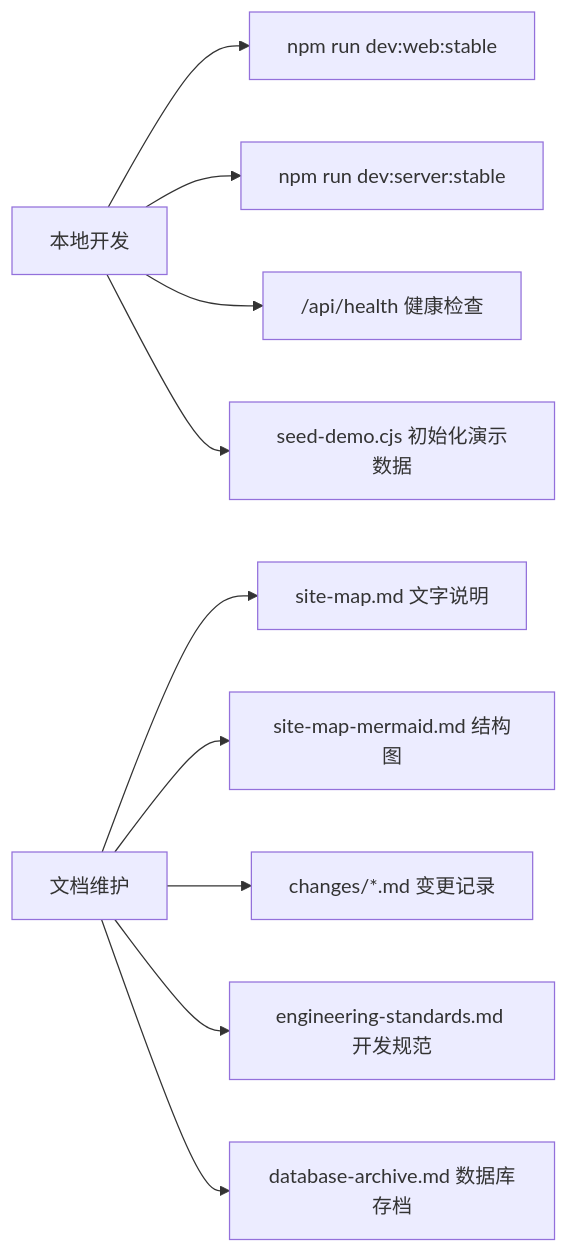
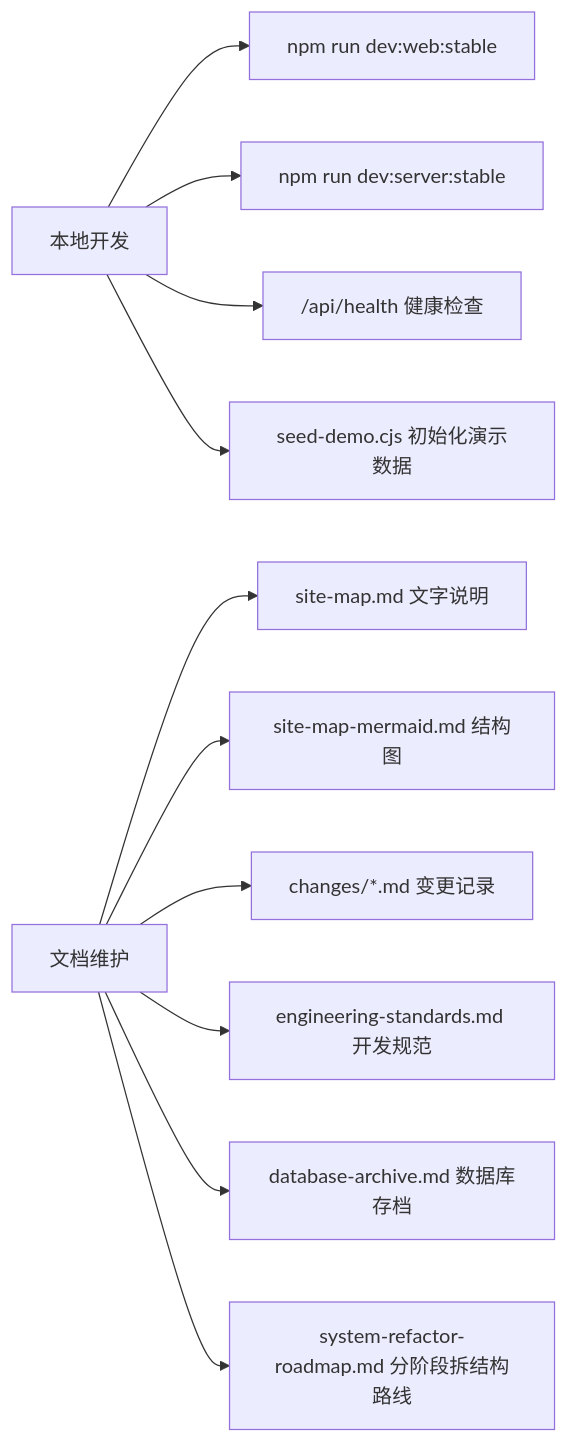
One commit to Depthukesh/ai-omni-ops-system changed diagram 12 of 12 in docs/site-map-mermaid.md. Above: the diagram before and after it, drawn with Mermaid. The commit also changed other lines of this file and 15 other files, not shown here.

Commit message:
feat: add refactor roadmap and image loading v1

````diff
--- a/docs/site-map-mermaid.md
+++ b/docs/site-map-mermaid.md
@@ -620,15 +621,16 @@
 ```mermaid
 flowchart LR
     Dev["本地开发"]
     Dev --> W1["npm run dev:web:stable"]
     Dev --> W2["npm run dev:server:stable"]
     Dev --> W3["/api/health 健康检查"]
     Dev --> W4["seed-demo.cjs 初始化演示数据"]
 
     Docs["文档维护"]
     Docs --> D1["site-map.md 文字说明"]
     Docs --> D2["site-map-mermaid.md 结构图"]
     Docs --> D3["changes/*.md 变更记录"]
     Docs --> D4["engineering-standards.md 开发规范"]
     Docs --> D5["database-archive.md 数据库存档"]
+    Docs --> D6["system-refactor-roadmap.md 分阶段拆结构路线"]
 ```
````
